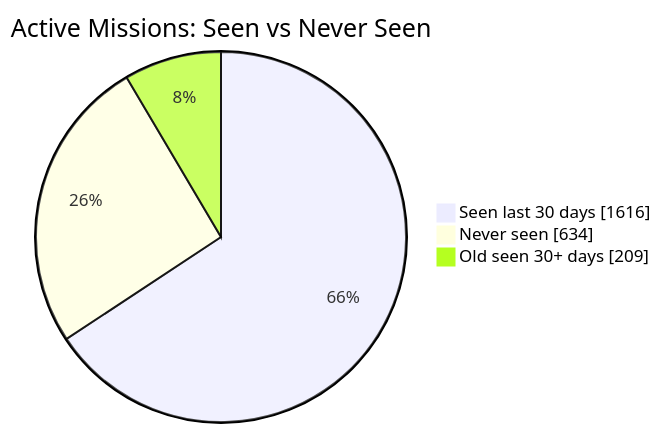
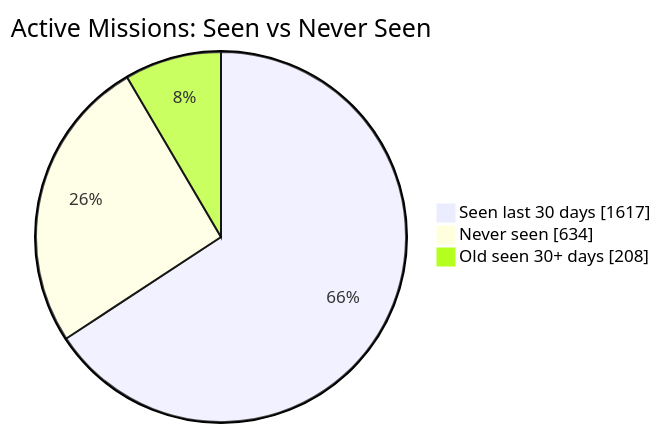
The first of 2 diagrams in README.md (MeldkamerspelGameTeam/active-missions), drawn with Mermaid before and after one commit. The commit also changed other lines of this file and 3 other files, not shown here.

````diff
--- a/README.md
+++ b/README.md
@@ -34,7 +34,7 @@
 ```mermaid
 pie showData
     title Active Missions: Seen vs Never Seen
-    "Seen last 30 days" : 1616
+    "Seen last 30 days" : 1617
     "Never seen" : 634
-    "Old seen 30+ days" : 209
+    "Old seen 30+ days" : 208
 ```
````
